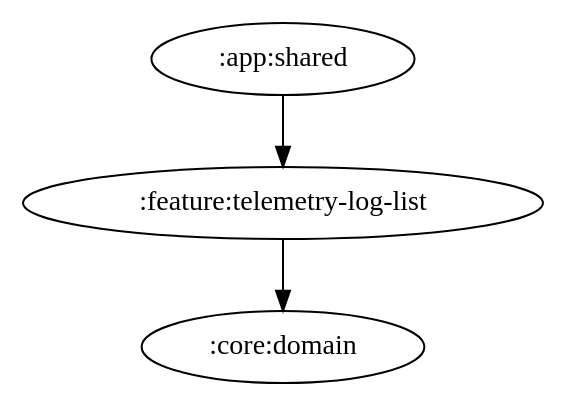
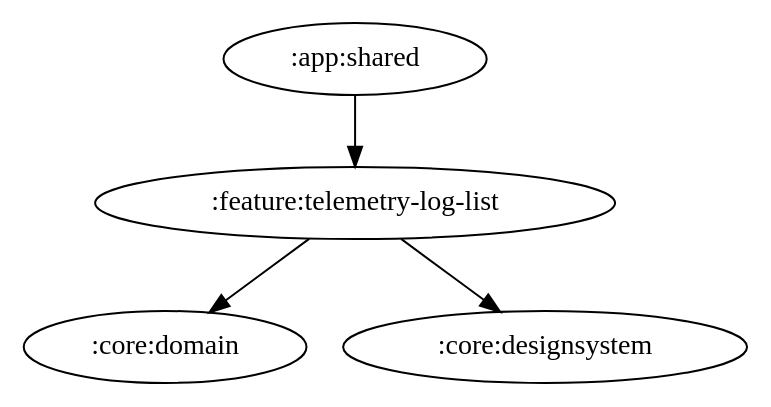
One commit to ai-kurou/KoDriver changed the diagram in docs/graphs/feature-telemetry-log-list.gv. Above: the diagram before and after it, drawn with Graphviz. The commit also changed 94 other files, not shown here.

```diff
--- a/docs/graphs/feature-telemetry-log-list.gv
+++ b/docs/graphs/feature-telemetry-log-list.gv
@@ -1,5 +1,6 @@
 digraph G {
   rankdir=TB
   ":app:shared" -> ":feature:telemetry-log-list"
   ":feature:telemetry-log-list" -> ":core:domain"
+  ":feature:telemetry-log-list" -> ":core:designsystem"
 }
```
